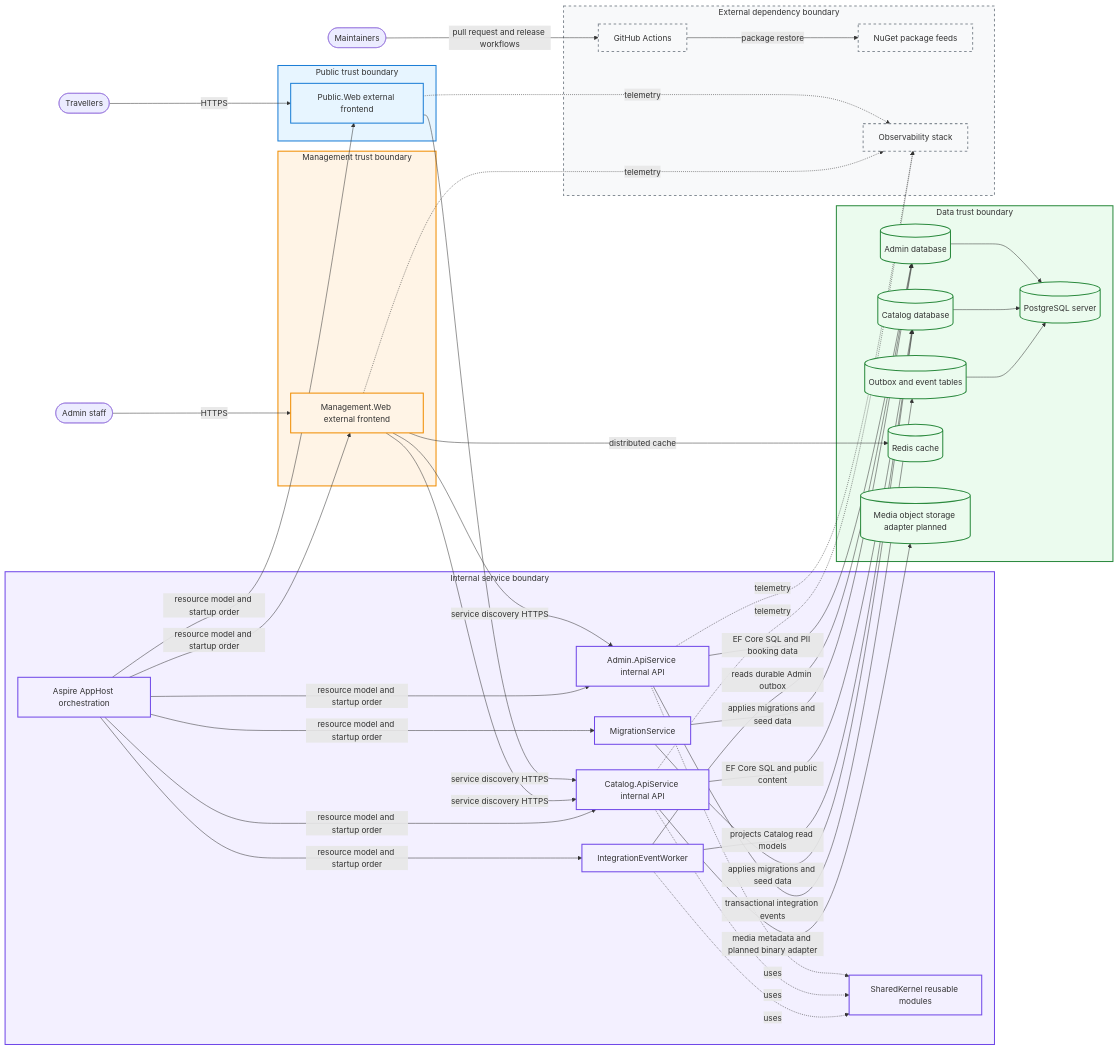
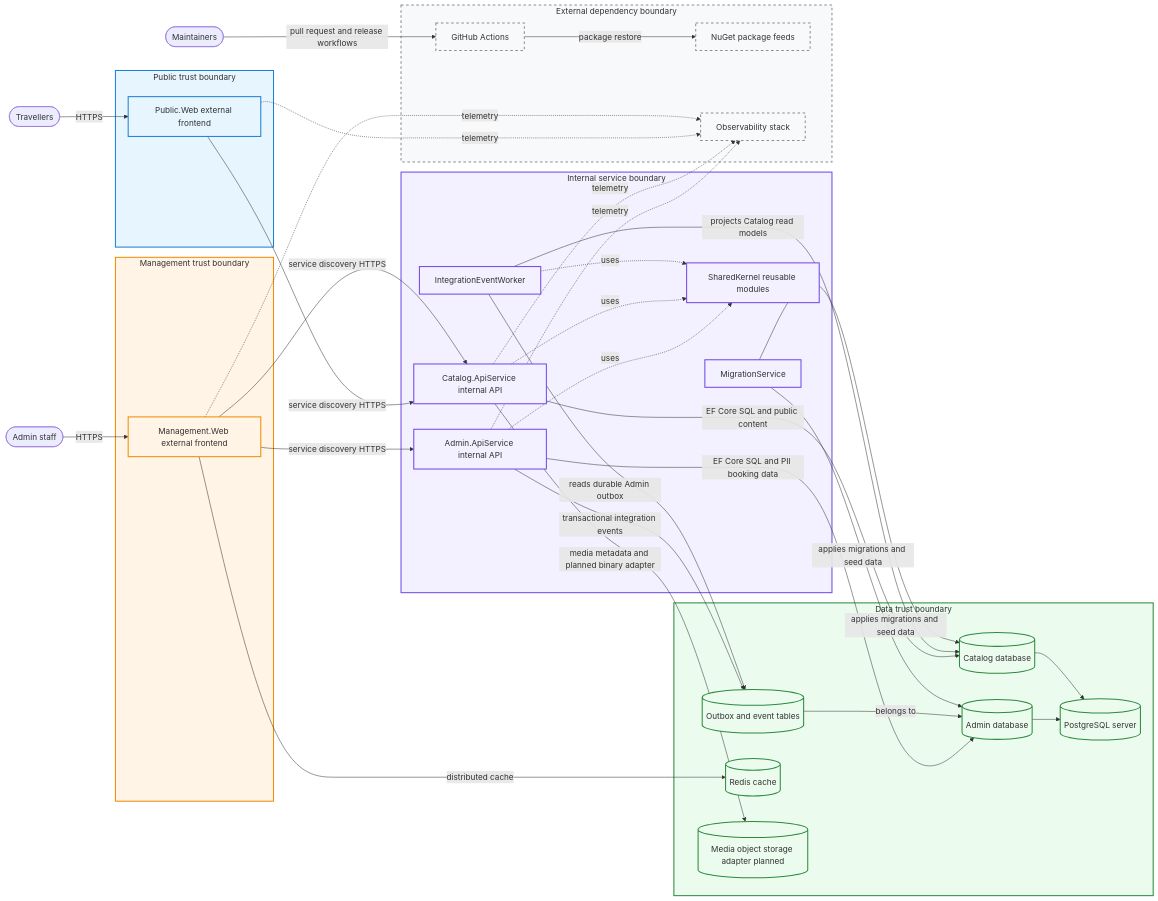
Before and after one commit to danigutsch/ViajantesTurismo: the diagram in docs/architecture/system-overview.md, drawn with Mermaid. The commit also changed other lines of this file and 30 other files, not shown here.

Commit message:
docs: add shared architecture diagram tooling

````diff
--- a/docs/architecture/system-overview.md
+++ b/docs/architecture/system-overview.md
@@ -11,80 +11,73 @@
 ```mermaid
 flowchart LR
     traveller([Travellers])
     staff([Admin staff])
     maintainer([Maintainers])
     subgraph publicBoundary[Public trust boundary]
         publicWeb[Public.Web external frontend]
     end
     subgraph managementBoundary[Management trust boundary]
         managementWeb[Management.Web external frontend]
     end
     subgraph internalBoundary[Internal service boundary]
-        appHost[Aspire AppHost orchestration]
         adminApi[Admin.ApiService internal API]
         catalogApi[Catalog.ApiService internal API]
         worker[IntegrationEventWorker]
         migration[MigrationService]
         sharedKernel[SharedKernel reusable modules]
     end
     subgraph dataBoundary[Data trust boundary]
         databaseServer[(PostgreSQL server)]
         adminDatabase[(Admin database)]
         catalogDatabase[(Catalog database)]
         outbox[(Outbox and event tables)]
         cache[(Redis cache)]
         mediaStorage[(Media object storage adapter planned)]
     end
     subgraph externalBoundary[External dependency boundary]
         github[GitHub Actions]
         packageFeeds[NuGet package feeds]
         observability[Observability stack]
     end
     traveller -- HTTPS --> publicWeb
     staff -- HTTPS --> managementWeb
     maintainer -- pull request and release workflows --> github
     github -- package restore --> packageFeeds
     publicWeb -- service discovery HTTPS --> catalogApi
     managementWeb -- service discovery HTTPS --> adminApi
     managementWeb -- service discovery HTTPS --> catalogApi
     managementWeb -- distributed cache --> cache
     adminApi -- EF Core SQL and PII booking data --> adminDatabase
     adminApi -- transactional integration events --> outbox
+    outbox -- belongs to --> adminDatabase
     catalogApi -- EF Core SQL and public content --> catalogDatabase
     catalogApi -- media metadata and planned binary adapter --> mediaStorage
-    worker -- reads durable Admin outbox --> adminDatabase
+    worker -- reads durable Admin outbox --> outbox
     worker -- projects Catalog read models --> catalogDatabase
     migration -- applies migrations and seed data --> adminDatabase
     migration -- applies migrations and seed data --> catalogDatabase
     adminDatabase --> databaseServer
     catalogDatabase --> databaseServer
-    outbox --> databaseServer
-    appHost -- resource model and startup order --> publicWeb
-    appHost -- resource model and startup order --> managementWeb
-    appHost -- resource model and startup order --> adminApi
-    appHost -- resource model and startup order --> catalogApi
-    appHost -- resource model and startup order --> worker
-    appHost -- resource model and startup order --> migration
     adminApi -. uses .-> sharedKernel
     catalogApi -. uses .-> sharedKernel
     worker -. uses .-> sharedKernel
     publicWeb -. telemetry .-> observability
     managementWeb -. telemetry .-> observability
     adminApi -. telemetry .-> observability
     catalogApi -. telemetry .-> observability
     style publicBoundary fill:#e7f5ff,stroke:#1c7ed6,stroke-width:2px
     style managementBoundary fill:#fff4e6,stroke:#f08c00,stroke-width:2px
     style internalBoundary fill:#f3f0ff,stroke:#7048e8,stroke-width:2px
     style dataBoundary fill:#ebfbee,stroke:#2b8a3e,stroke-width:2px
     style externalBoundary fill:#f8f9fa,stroke:#868e96,stroke-width:2px,stroke-dasharray: 5 5
     classDef public fill:#e7f5ff,stroke:#1c7ed6,stroke-width:2px
     classDef management fill:#fff4e6,stroke:#f08c00,stroke-width:2px
     classDef internal fill:#f3f0ff,stroke:#7048e8,stroke-width:2px
     classDef data fill:#ebfbee,stroke:#2b8a3e,stroke-width:2px
     classDef external fill:#f8f9fa,stroke:#868e96,stroke-width:2px,stroke-dasharray: 5 5
     class publicWeb public
     class managementWeb management
-    class appHost,adminApi,catalogApi,worker,migration,sharedKernel internal
+    class adminApi,catalogApi,worker,migration,sharedKernel internal
     class databaseServer,adminDatabase,catalogDatabase,outbox,cache,mediaStorage data
     class github,packageFeeds,observability external
 ```
````
